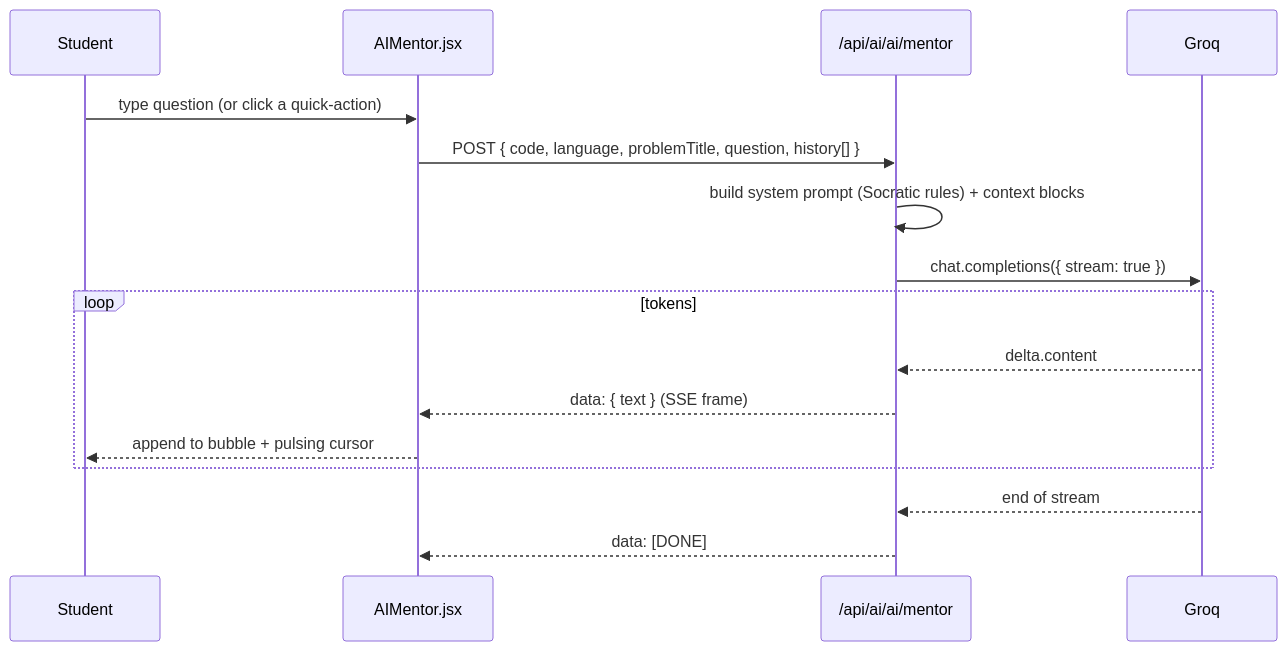
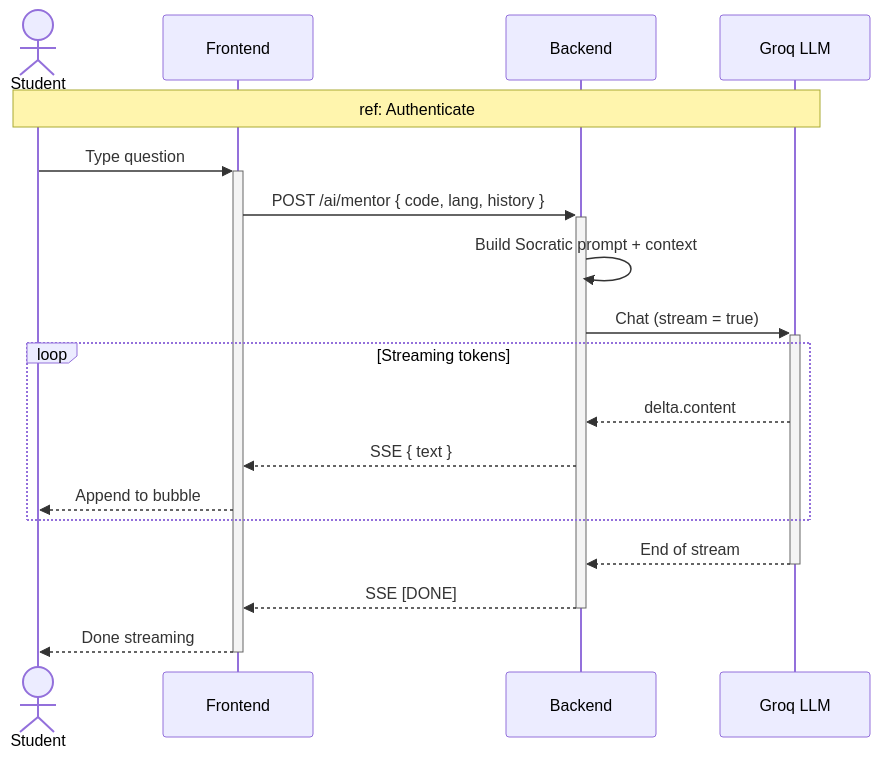
Before and after one commit to MaizaAymen/OmniLearn: the fifth of 14 diagrams in docs/08_chapitre6_sprint4.md, drawn with Mermaid. The commit also changed other lines of this file and 4 other files, not shown here.

````diff
--- a/docs/08_chapitre6_sprint4.md
+++ b/docs/08_chapitre6_sprint4.md
@@ -236,19 +242,24 @@
 ```mermaid
 sequenceDiagram
-  participant S as Student
-  participant FE as AIMentor.jsx
-  participant API as /api/ai/ai/mentor
-  participant LLM as Groq
+    actor Student
+    participant FE as Frontend
+    participant API as Backend
+    participant LLM as Groq LLM
 
-  S->>FE: type question (or click a quick-action)
-  FE->>API: POST { code, language, problemTitle, question, history[] }
-  API->>API: build system prompt (Socratic rules) + context blocks
-  API->>LLM: chat.completions({ stream: true })
-  loop tokens
-    LLM-->>API: delta.content
-    API-->>FE: data: { text }   (SSE frame)
-    FE-->>S: append to bubble + pulsing cursor
-  end
-  LLM-->>API: end of stream
-  API-->>FE: data: [DONE]
+    Note over Student,LLM: ref: Authenticate
+
+    Student->>+FE: Type question
+    FE->>+API: POST /ai/mentor { code, lang, history }
+    API->>API: Build Socratic prompt + context
+    API->>+LLM: Chat (stream = true)
+
+    loop Streaming tokens
+        LLM-->>API: delta.content
+        API-->>FE: SSE { text }
+        FE-->>Student: Append to bubble
+    end
+
+    LLM-->>-API: End of stream
+    API-->>-FE: SSE [DONE]
+    FE-->>-Student: Done streaming
 ```
````
